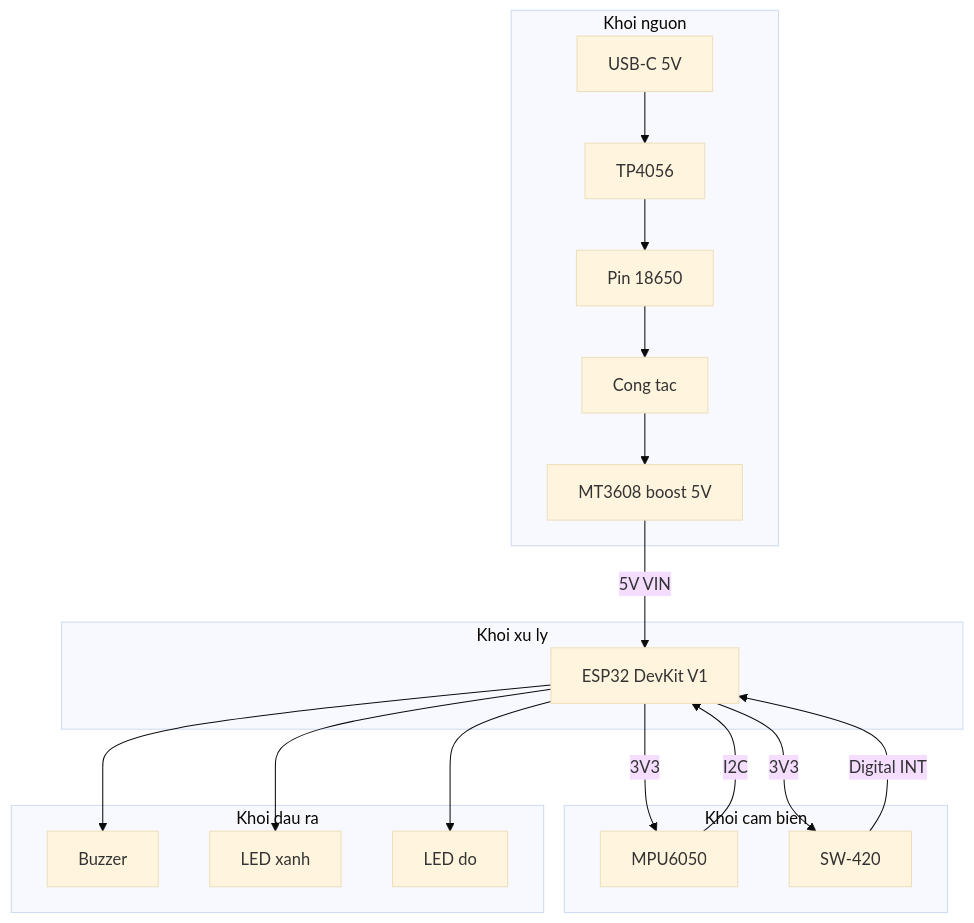
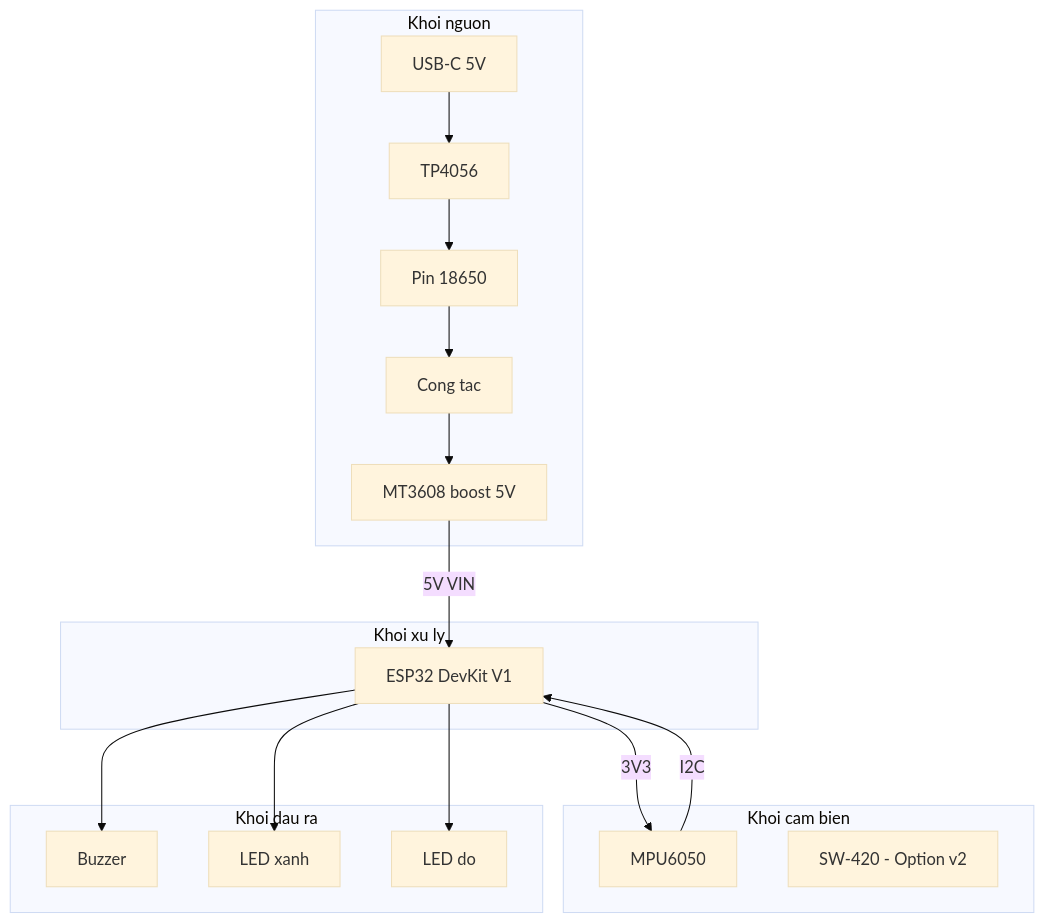
One commit to NHP234/AIoT changed the diagram in docs/02-hardware.md. Above: the diagram before and after it, drawn with Mermaid (base theme). The commit also changed other lines of this file and 20 other files, not shown here.

````diff
--- a/docs/02-hardware.md
+++ b/docs/02-hardware.md
@@ -91,38 +91,38 @@
 ```mermaid
 flowchart TB
     subgraph Power[Khoi nguon]
         USB[USB-C 5V]
         TP[TP4056]
         BAT[Pin 18650]
         SW[Cong tac]
         BOOST[MT3608 boost 5V]
         USB --> TP
         TP --> BAT
         BAT --> SW
         SW --> BOOST
     end
 
     subgraph Sensor[Khoi cam bien]
         MPU[MPU6050]
-        VIB[SW-420]
+        VIB[SW-420 - Option v2]
     end
 
     subgraph Brain[Khoi xu ly]
         ESP[ESP32 DevKit V1]
     end
 
     subgraph Output[Khoi dau ra]
         BUZZ[Buzzer]
         LEDG[LED xanh]
         LEDR[LED do]
     end
 
     BOOST -->|5V VIN| ESP
     ESP -->|3V3| MPU
-    ESP -->|3V3| VIB
+    %% ESP -->|3V3| VIB (Option v2)
     MPU -->|I2C| ESP
-    VIB -->|Digital INT| ESP
+    %% VIB -->|Digital INT| ESP (Option v2)
     ESP --> BUZZ
     ESP --> LEDG
     ESP --> LEDR
 ```
````
